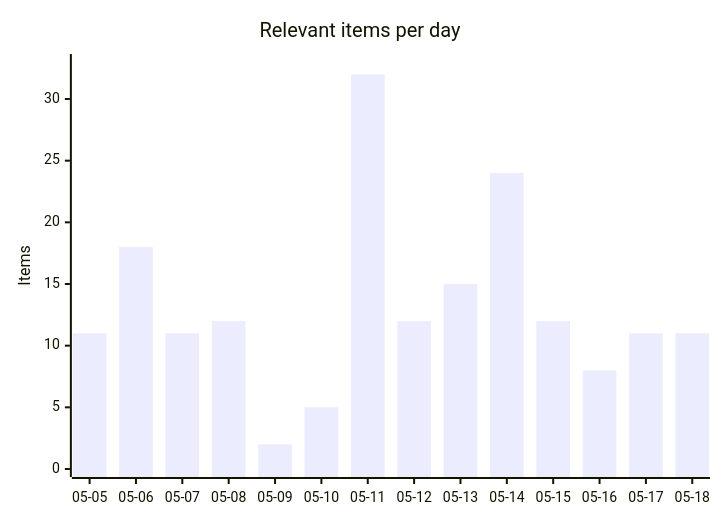
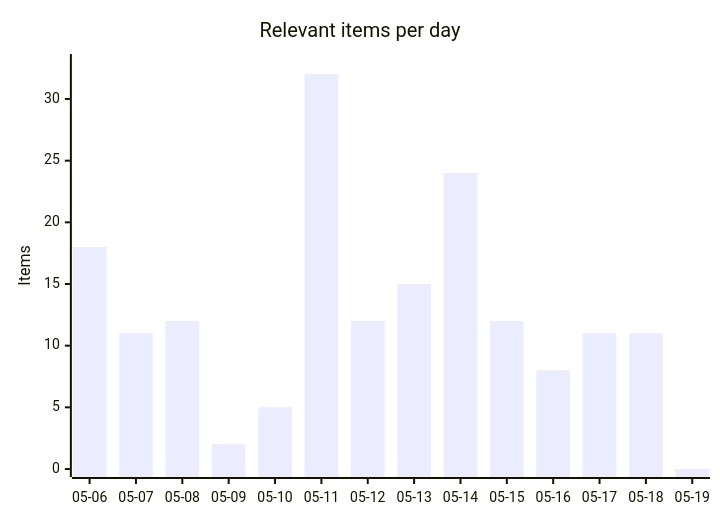
Before and after one commit to martinbalfanz/social-scanner-reports: the first of 4 diagrams in README.md, drawn with Mermaid. The commit also changed other lines of this file and 2 other files, not shown here.

````diff
--- a/README.md
+++ b/README.md
@@ -30,7 +30,7 @@
 ```mermaid
 xychart-beta
     title "Relevant items per day"
-    x-axis ["05-05", "05-06", "05-07", "05-08", "05-09", "05-10", "05-11", "05-12", "05-13", "05-14", "05-15", "05-16", "05-17", "05-18"]
+    x-axis ["05-06", "05-07", "05-08", "05-09", "05-10", "05-11", "05-12", "05-13", "05-14", "05-15", "05-16", "05-17", "05-18", "05-19"]
     y-axis "Items" 0 --> 33
-    bar [11, 18, 11, 12, 2, 5, 32, 12, 15, 24, 12, 8, 11, 11]
+    bar [18, 11, 12, 2, 5, 32, 12, 15, 24, 12, 8, 11, 11, 0]
 ```
````
